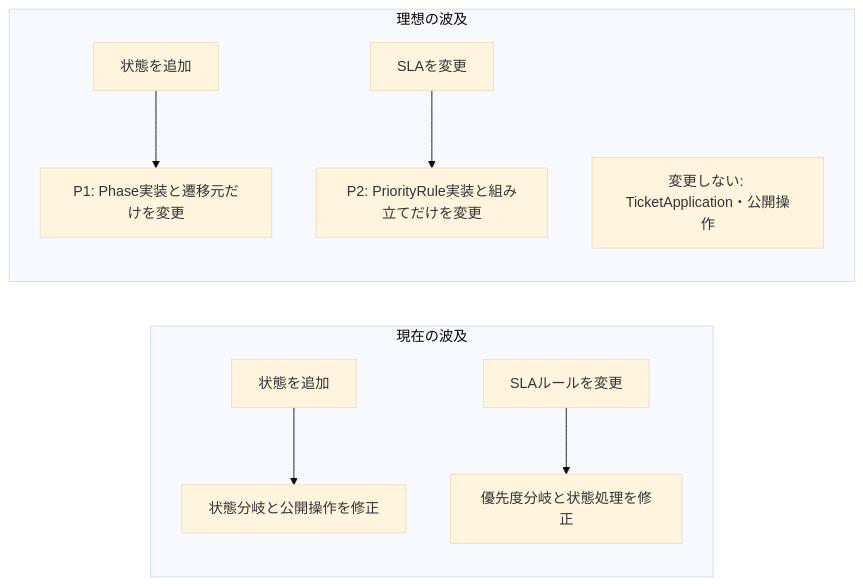
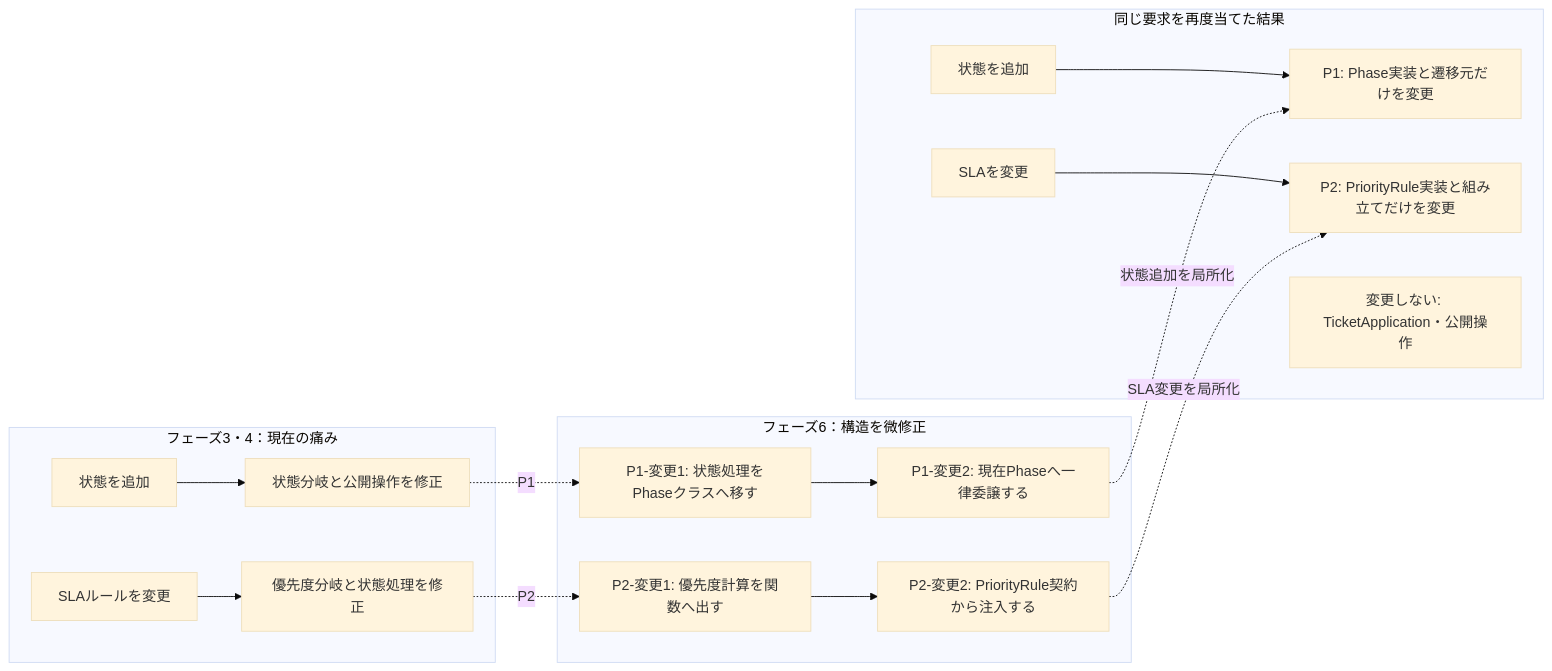
Before and after one commit to kumachan1101-pixel/DesignPattern: the seventh of 15 diagrams in kindle/design-patterns/output/chapter09_2.md, drawn with Mermaid (base theme). The commit also changed other lines of this file and 22 other files, not shown here.

````diff
--- a/kindle/design-patterns/output/chapter09_2.md
+++ b/kindle/design-patterns/output/chapter09_2.md
@@ -738,12 +738,20 @@
 ```mermaid
 flowchart LR
-    subgraph Current["現在の波及"]
+    subgraph Pain["フェーズ3・4：現在の痛み"]
         CR1["状態を追加"] --> C1["状態分岐と公開操作を修正"]
         CR2["SLAルールを変更"] --> C2["優先度分岐と状態処理を修正"]
     end
-    subgraph Ideal["理想の波及"]
+    subgraph StructuralChange["フェーズ6：構造を微修正"]
+        S11["P1-変更1: 状態処理をPhaseクラスへ移す"] --> S12["P1-変更2: 現在Phaseへ一律委譲する"]
+        S21["P2-変更1: 優先度計算を関数へ出す"] --> S22["P2-変更2: PriorityRule契約から注入する"]
+    end
+    subgraph Result["同じ要求を再度当てた結果"]
         IR1["状態を追加"] --> I1["P1: Phase実装と遷移元だけを変更"]
         IR2["SLAを変更"] --> I2["P2: PriorityRule実装と組み立てだけを変更"]
         IS["変更しない: TicketApplication・公開操作"]
     end
+    C1 -. "P1" .-> S11
+    S12 -. "状態追加を局所化" .-> I1
+    C2 -. "P2" .-> S21
+    S22 -. "SLA変更を局所化" .-> I2
 ```
````
